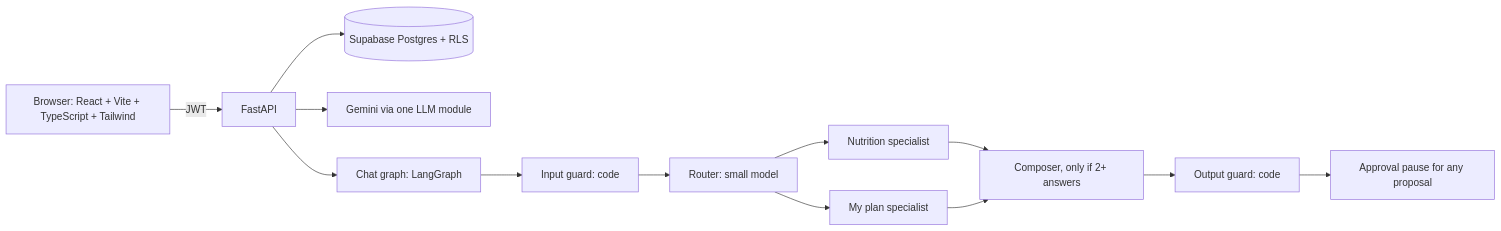
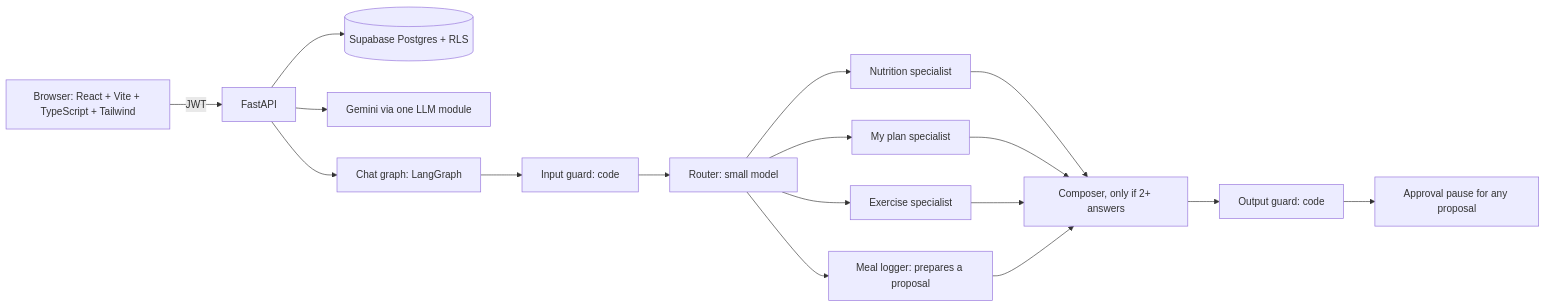
One commit to yvenkatnihit-arch/ai-fitness-agent changed the diagram in README.md. Above: the diagram before and after it, drawn with Mermaid. The commit also changed other lines of this file and 56 other files, not shown here.

Commit message:
Dashboard on Home; chat gains exercise questions, food rankings, progress and meal logging with confirmation; code-worded proposal replies; router eval 68 cases (Steps 8.1-8.5, D-105 to D-111)

````diff
--- a/README.md
+++ b/README.md
@@ -25,15 +25,19 @@
 ```mermaid
 flowchart LR
   U[Browser: React + Vite + TypeScript + Tailwind] -->|JWT| A[FastAPI]
   A --> DB[(Supabase Postgres + RLS)]
   A --> L[Gemini via one LLM module]
   A --> C[Chat graph: LangGraph]
   C --> G1[Input guard: code]
   G1 --> R[Router: small model]
   R --> S1[Nutrition specialist]
   R --> S2[My plan specialist]
+  R --> S3[Exercise specialist]
+  R --> S4[Meal logger: prepares a proposal]
   S1 --> CO[Composer, only if 2+ answers]
   S2 --> CO
+  S3 --> CO
+  S4 --> CO
   CO --> G2[Output guard: code]
   G2 --> AP[Approval pause for any proposal]
 ```
````
